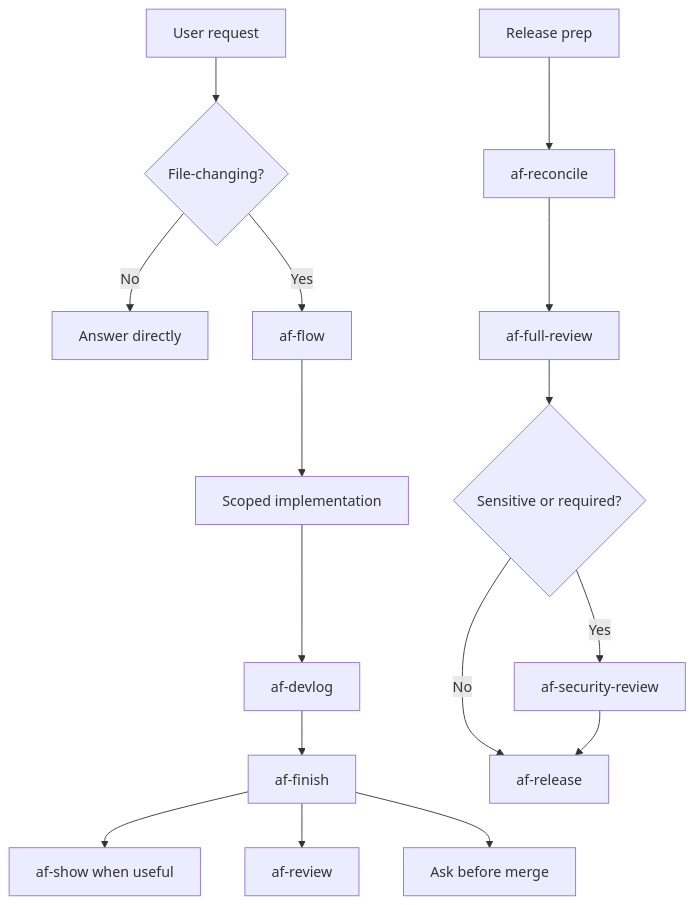
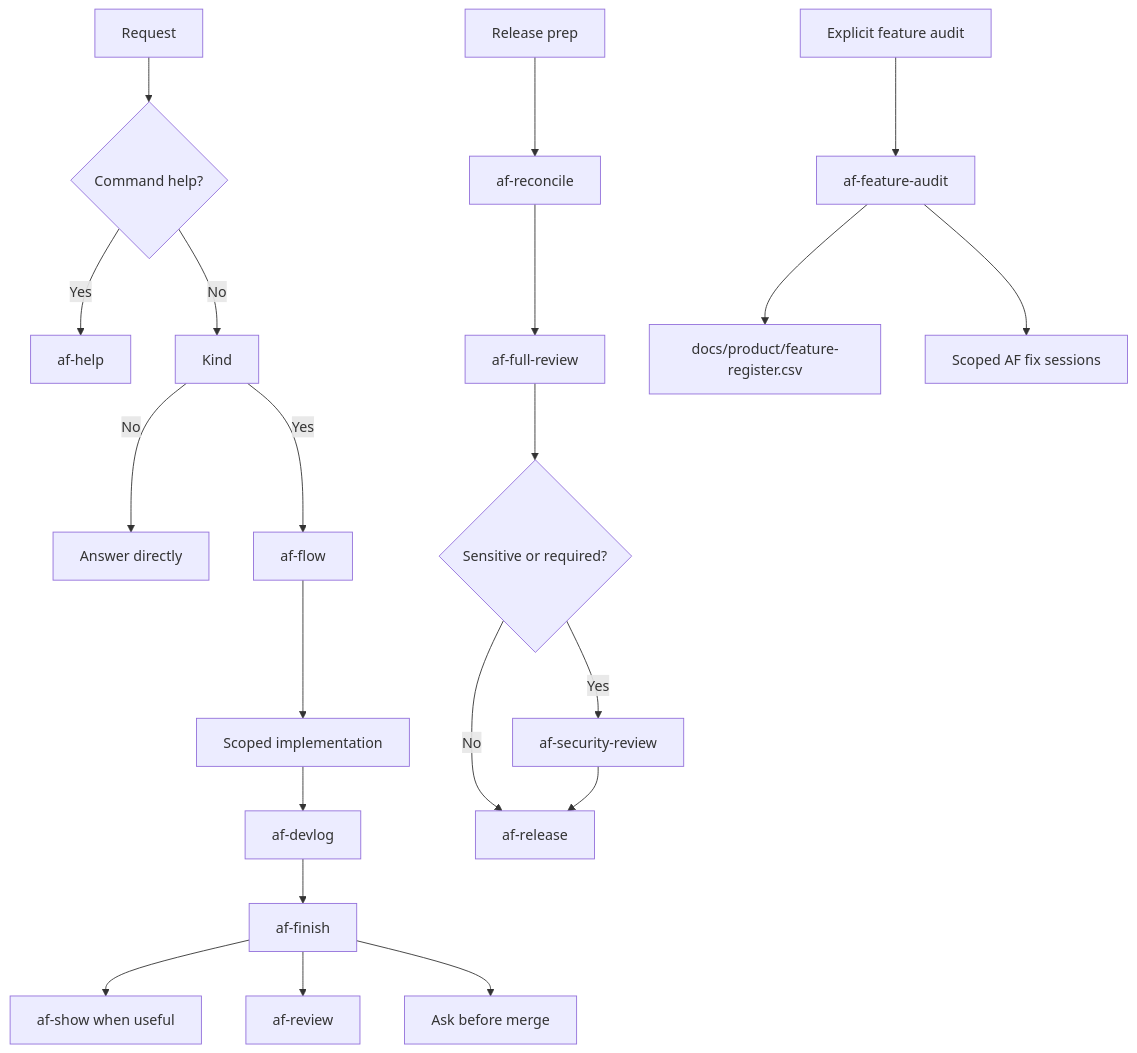
Before and after one commit to miketaheny/codex-setup: the second of 4 diagrams in docs/ARCHITECTURE.md, drawn with Mermaid. The commit also changed 17 other files, not shown here.

Commit message:
chore: feature audit help

````diff
--- a/docs/ARCHITECTURE.md
+++ b/docs/ARCHITECTURE.md
@@ -46,19 +46,25 @@
 ```mermaid
 flowchart TD
-    Request["User request"] --> Kind{"File-changing?"}
+    Request --> Help{"Command help?"}
+    Help -->|Yes| AFHelp["af-help"]
+    Help -->|No| Kind
     Kind -->|No| Answer["Answer directly"]
     Kind -->|Yes| Flow["af-flow"]
     Flow --> Work["Scoped implementation"]
     Work --> Devlog["af-devlog"]
     Devlog --> Finish["af-finish"]
     Finish --> Show["af-show when useful"]
     Finish --> Review["af-review"]
     Finish --> Ask["Ask before merge"]
 
     ReleaseStart["Release prep"] --> Reconcile["af-reconcile"]
     Reconcile --> Full["af-full-review"]
     Full --> Security{"Sensitive or required?"}
     Security -->|Yes| Sec["af-security-review"]
     Security -->|No| Release["af-release"]
     Sec --> Release
+
+    AuditStart["Explicit feature audit"] --> Audit["af-feature-audit"]
+    Audit --> Register["docs/product/feature-register.csv"]
+    Audit --> AuditFix["Scoped AF fix sessions"]
 ```
````
